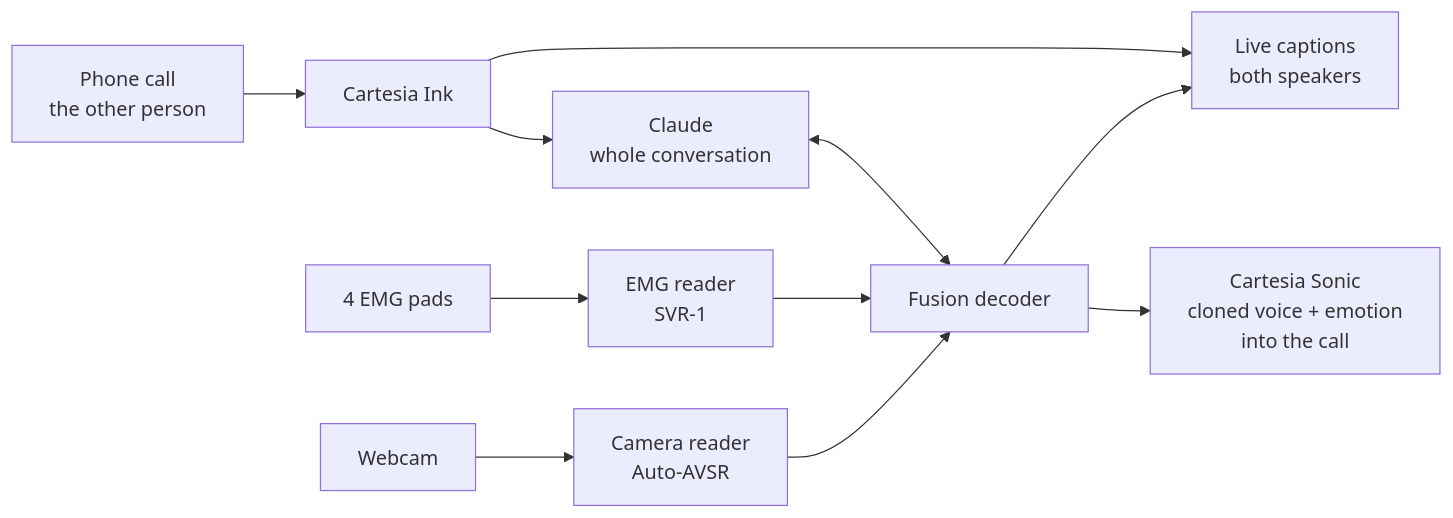
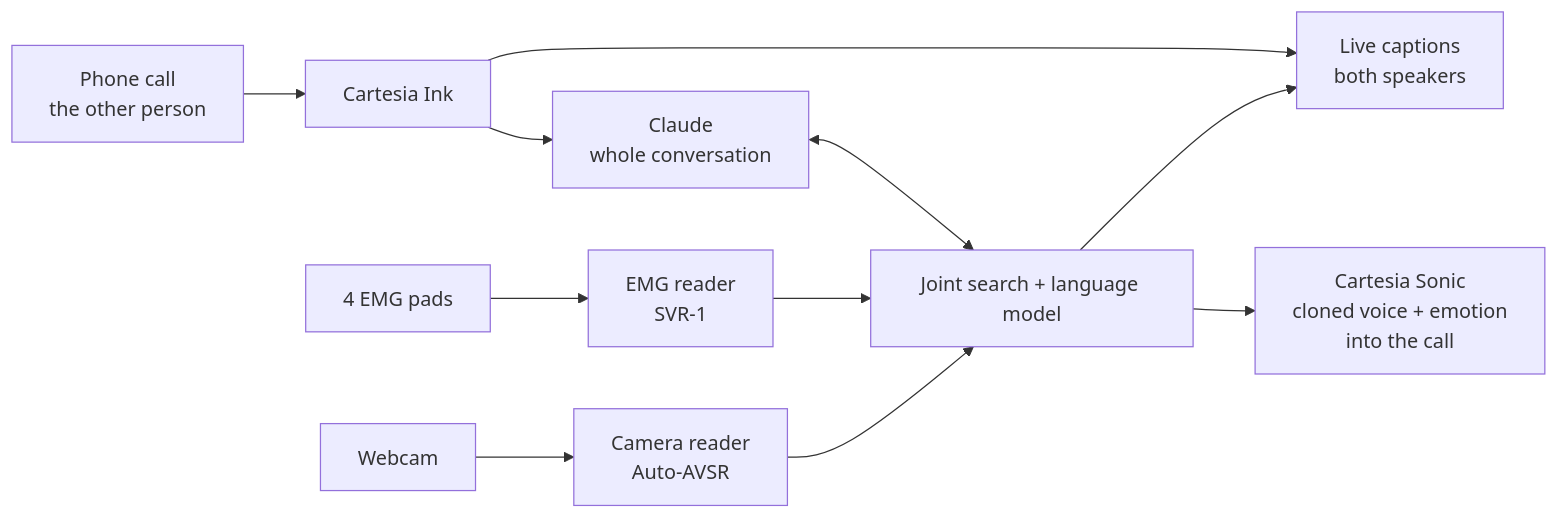
One commit to thaimtl/Reclaim changed the diagram in README.md. Above: the diagram before and after it, drawn with Mermaid. The commit also changed other lines of this file and 18 other files, not shown here.

````diff
--- a/README.md
+++ b/README.md
@@ -21,13 +21,13 @@
 ```mermaid
 flowchart LR
     W[Webcam] --> AV[Camera reader<br/>Auto-AVSR]
     P[4 EMG pads] --> E[EMG reader<br/>SVR-1]
-    AV --> D[Fusion decoder]
+    AV --> D[Joint search + language model]
     E --> D
     M[Phone call<br/>the other person] --> I[Cartesia Ink]
     I --> C[Claude<br/>whole conversation]
     C <--> D
     D --> CAP[Live captions<br/>both speakers]
     I --> CAP
     D --> V[Cartesia Sonic<br/>cloned voice + emotion<br/>into the call]
 ```
````
